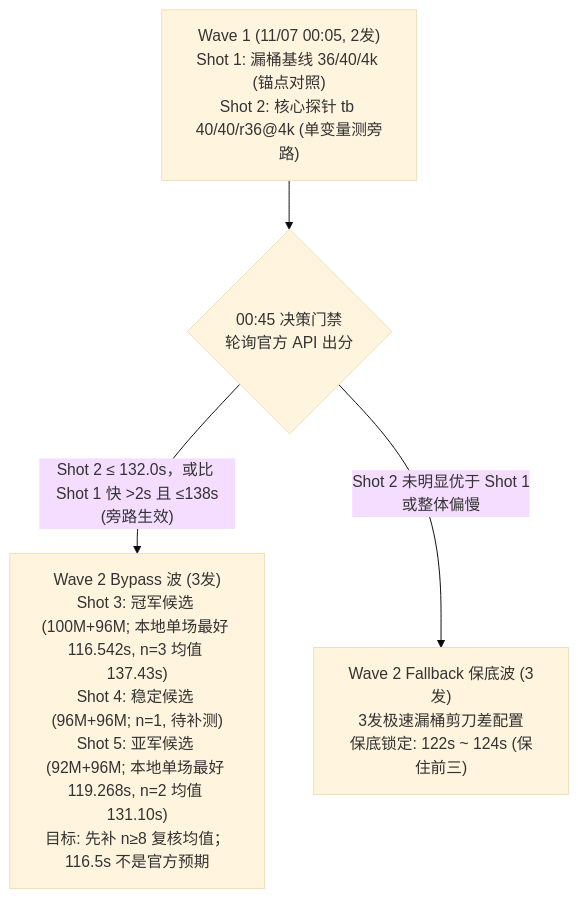
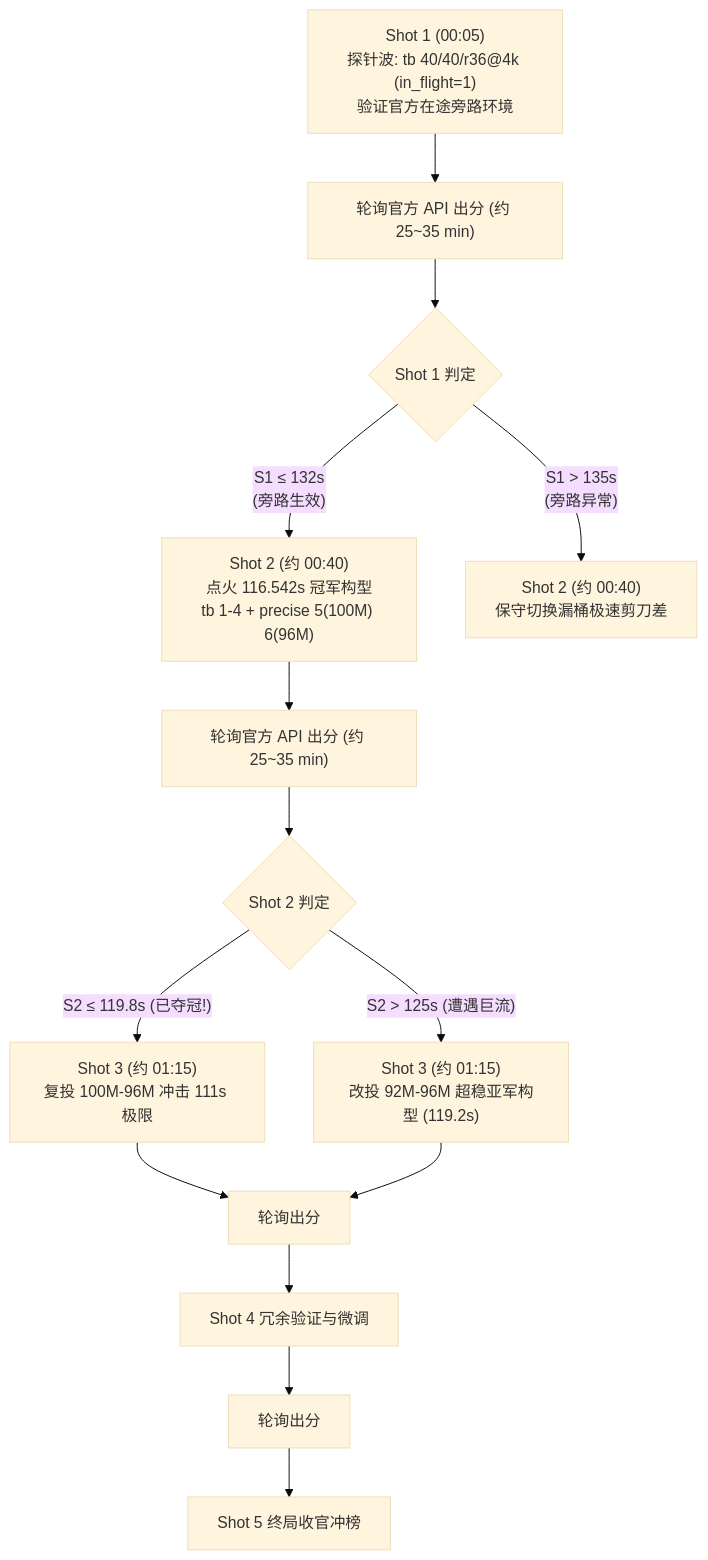
One commit to polaris-agent1111/temp changed the diagram in STATUS.md. Above: the diagram before and after it, drawn with Mermaid (base theme). The commit also changed other lines of this file and 1 other file, not shown here.

Commit message:
chore: 同步 PR #3 合并后统计与口径基线

````diff
--- a/STATUS.md
+++ b/STATUS.md
@@ -59,7 +62,15 @@
 ```mermaid
 flowchart TD
-    W1["Wave 1 (11/07 00:05, 2发)<br>Shot 1: 漏桶基线 36/40/4k (锚点对照)<br>Shot 2: 核心探针 tb 40/40/r36@4k (单变量测旁路)"]
-    W1 --> G{"00:45 决策门禁<br>轮询官方 API 出分"}
-    G -->|"Shot 2 ≤ 132.0s，或比 Shot 1 快 >2s 且 ≤138s<br>(旁路生效)"| W2A["Wave 2 Bypass 波 (3发)<br>Shot 3: 冠军候选 (100M+96M; 本地单场最好 116.542s, n=3 均值 137.43s)<br>Shot 4: 稳定候选 (96M+96M; n=1, 待补测)<br>Shot 5: 亚军候选 (92M+96M; 本地单场最好 119.268s, n=2 均值 131.10s)<br>目标: 先补 n≥8 复核均值；116.5s 不是官方预期"]
-    G -->|"Shot 2 未明显优于 Shot 1<br>或整体偏慢"| W2B["Wave 2 Fallback 保底波 (3发)<br>3发极速漏桶剪刀差配置<br>保底锁定: 122s ~ 124s (保住前三)"]
+    S1["Shot 1 (00:05)<br>探针波: tb 40/40/r36@4k (in_flight=1)<br>验证官方在途旁路环境"] --> W1["轮询官方 API 出分 (约 25~35 min)"]
+    W1 --> J1{"Shot 1 判定"}
+    J1 -->|"S1 ≤ 132s<br>(旁路生效)"| S2A["Shot 2 (约 00:40)<br>点火 116.542s 冠军构型<br>tb 1-4 + precise 5(100M) 6(96M)"]
+    J1 -->|"S1 > 135s<br>(旁路异常)"| S2B["Shot 2 (约 00:40)<br>保守切换漏桶极速剪刀差"]
+    
+    S2A --> W2["轮询官方 API 出分 (约 25~35 min)"]
+    W2 --> J2{"Shot 2 判定"}
+    J2 -->|"S2 ≤ 119.8s (已夺冠!)"| S3A["Shot 3 (约 01:15)<br>复投 100M-96M 冲击 111s 极限"]
+    J2 -->|"S2 > 125s (遭遇巨流)"| S3B["Shot 3 (约 01:15)<br>改投 92M-96M 超稳亚军构型 (119.2s)"]
+    
+    S3A --> W3["轮询出分"] --> S4["Shot 4 冗余验证与微调"] --> W4["轮询出分"] --> S5["Shot 5 终局收官冲榜"]
+    S3B --> W3
 ```
````
